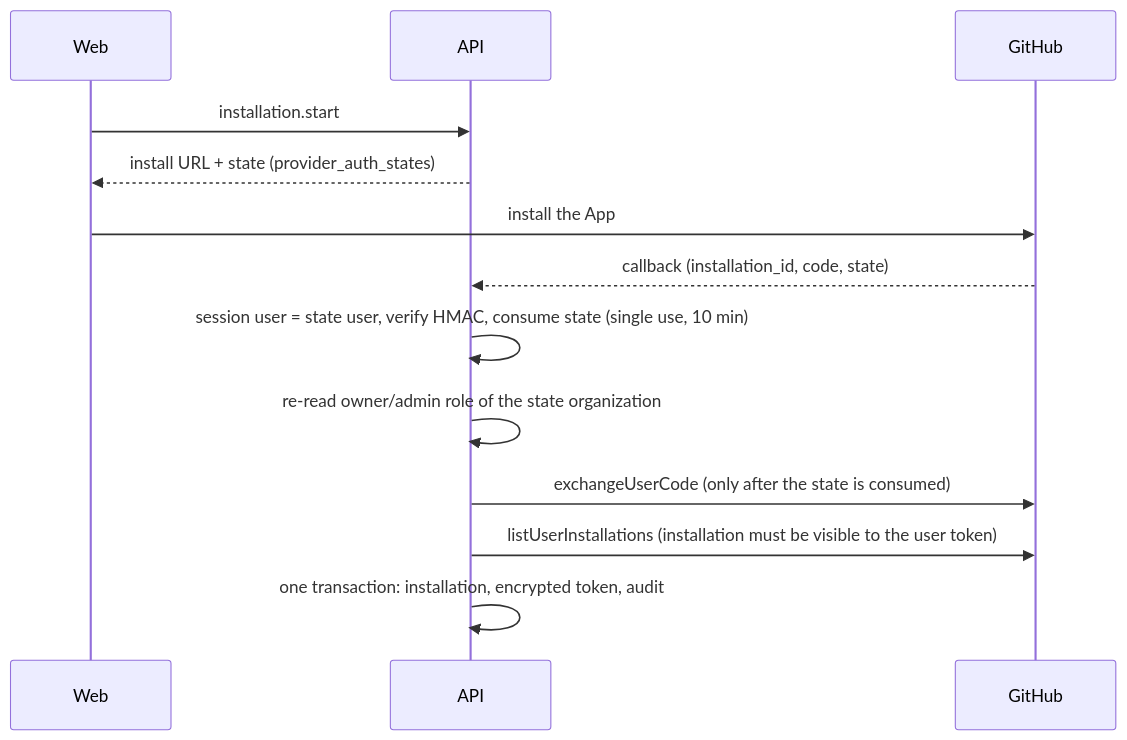
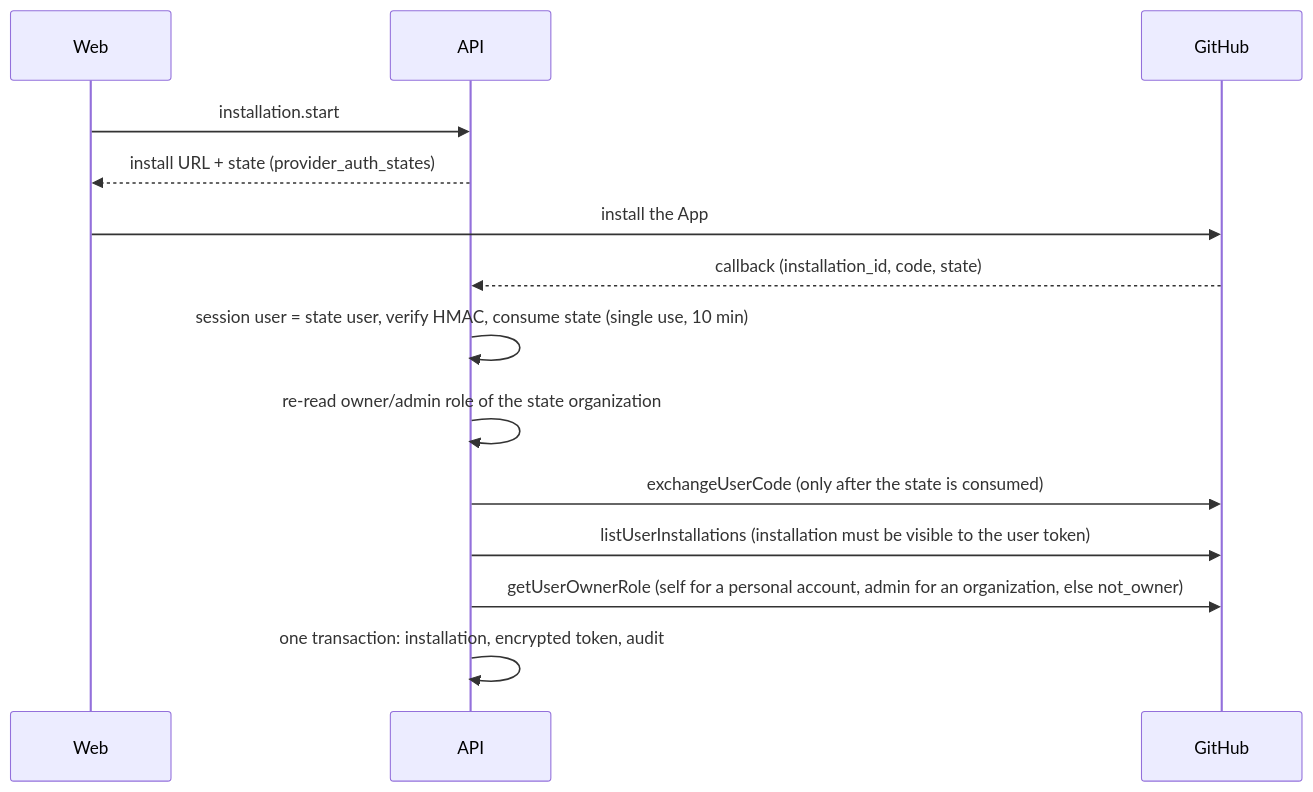
Before and after one commit to koklo-dev/koklo: diagram 28 of 36 in docs/architecture.md, drawn with Mermaid. The commit also changed other lines of this file and 25 other files, not shown here.

````diff
--- a/docs/architecture.md
+++ b/docs/architecture.md
@@ -963,15 +967,16 @@
   ```mermaid
   sequenceDiagram
     participant W as Web
     participant A as API
     participant G as GitHub
     W->>A: installation.start
     A-->>W: install URL + state (provider_auth_states)
     W->>G: install the App
     G-->>A: callback (installation_id, code, state)
     A->>A: session user = state user, verify HMAC, consume state (single use, 10 min)
     A->>A: re-read owner/admin role of the state organization
     A->>G: exchangeUserCode (only after the state is consumed)
     A->>G: listUserInstallations (installation must be visible to the user token)
+    A->>G: getUserOwnerRole (self for a personal account, admin for an organization, else not_owner)
     A->>A: one transaction: installation, encrypted token, audit
   ```
````
